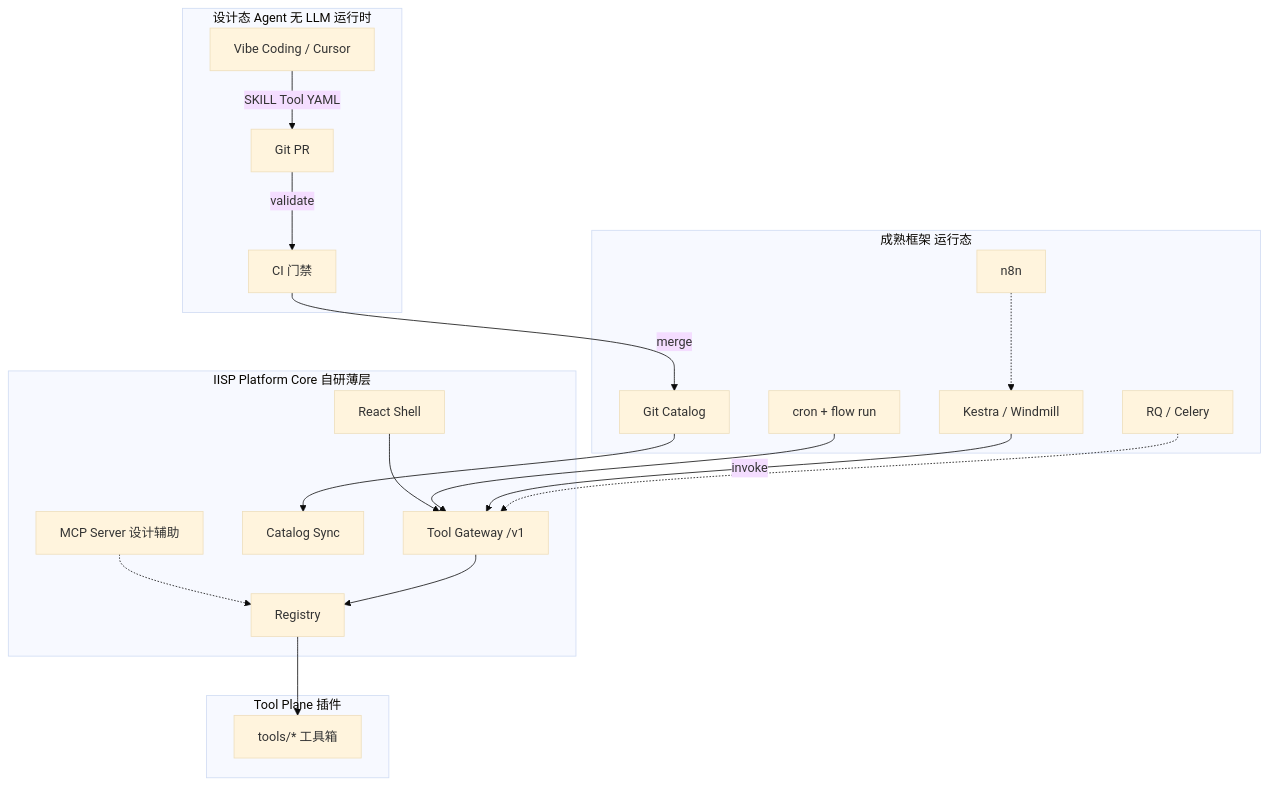
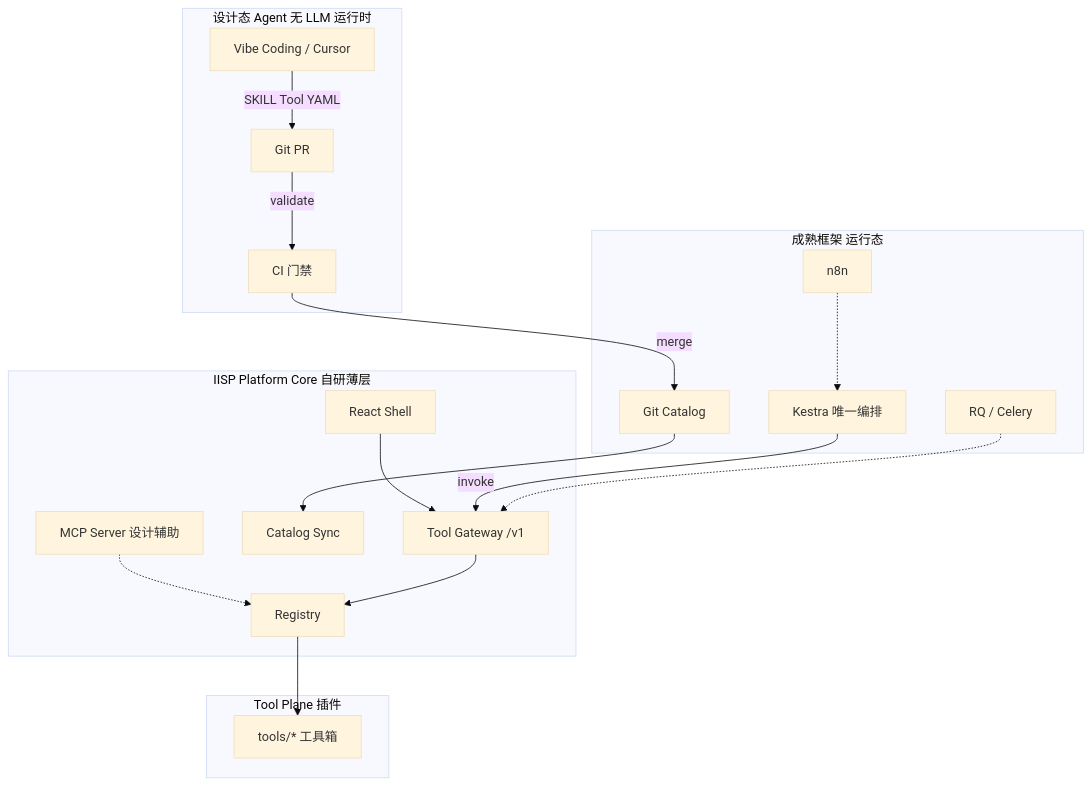
One commit to algo-boost/DetForge-Studio changed the diagram in docs/IISP_DESIGN_FINAL.md. Above: the diagram before and after it, drawn with Mermaid (base theme). The commit also changed other lines of this file and 37 other files, not shown here.

````diff
--- a/docs/IISP_DESIGN_FINAL.md
+++ b/docs/IISP_DESIGN_FINAL.md
@@ -71,38 +75,36 @@
 ```mermaid
 flowchart TB
   subgraph design [设计态 Agent 无 LLM 运行时]
     Vibe[Vibe Coding / Cursor]
     Vibe -->|SKILL Tool YAML| GitPR[Git PR]
     GitPR -->|validate| CI[CI 门禁]
   end
 
   subgraph ext [成熟框架 运行态]
-    Kestra[Kestra / Windmill]
-    Cron[cron + flow run]
+    Kestra[Kestra 唯一编排]
     Git[Git Catalog]
     RQ[RQ / Celery]
     N8N[n8n]
   end
 
   subgraph core [IISP Platform Core 自研薄层]
     Shell[React Shell]
     GW[Tool Gateway /v1]
     Reg[Registry]
     Cat[Catalog Sync]
     MCP[MCP Server 设计辅助]
     Shell --> GW
     MCP -.-> Reg
   end
 
   subgraph tools [Tool Plane 插件]
     TX[tools/* 工具箱]
   end
 
   CI -->|merge| Git
   Git --> Cat
-  Cron --> GW
   Kestra -->|invoke| GW
   GW --> Reg --> TX
   RQ -.-> GW
   N8N -.-> Kestra
 ```
````
